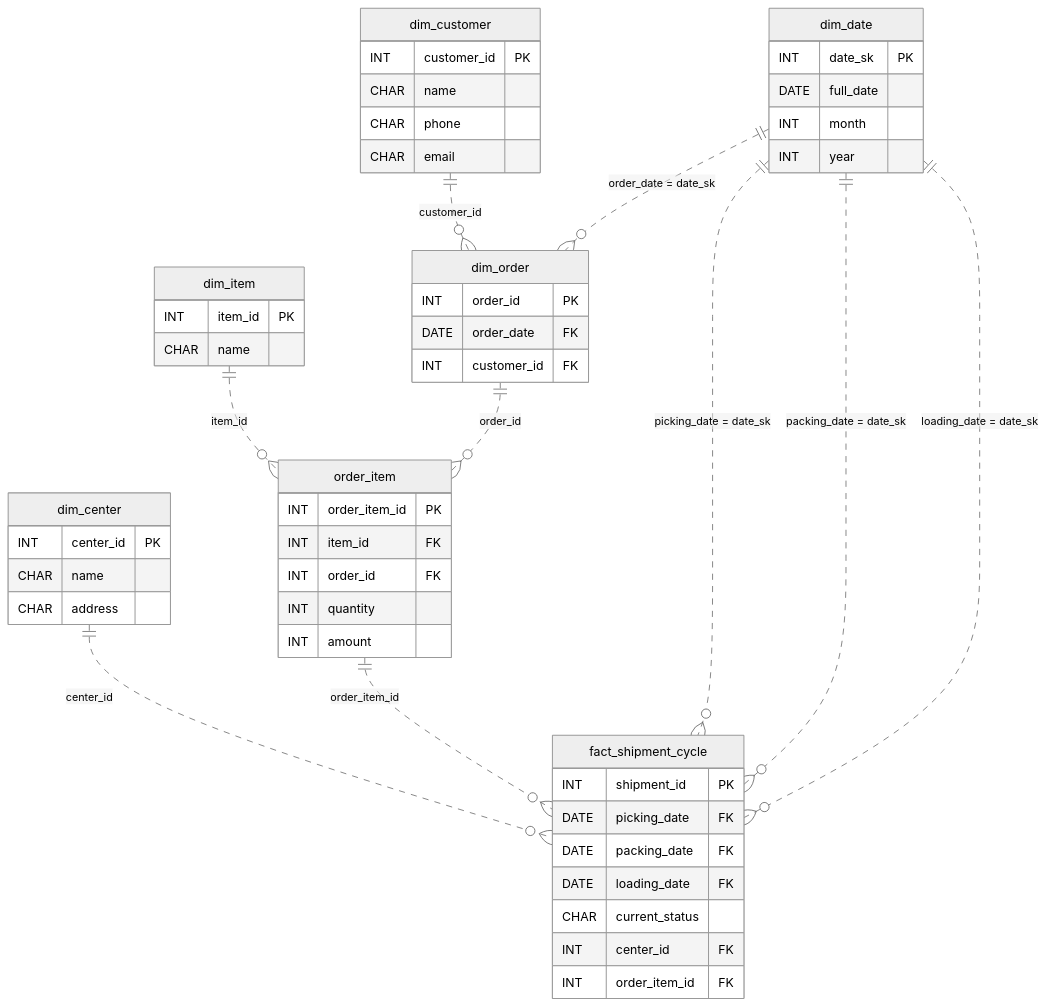
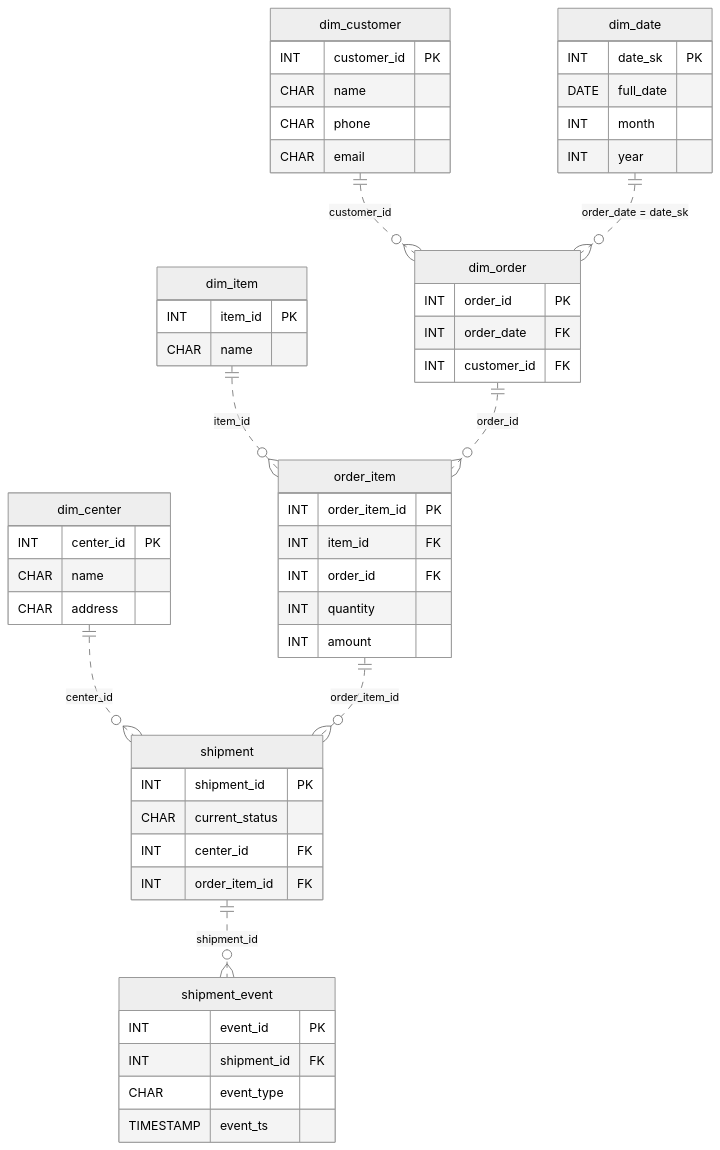
The diagram in practice/data_modeling/the-long-route/README.md (Khangtran94/datadriven-practice), drawn with Mermaid (neutral theme) before and after one commit. The commit also changed 2 other files, not shown here.

Commit message:
Solve the-long-route

````diff
--- a/practice/data_modeling/the-long-route/README.md
+++ b/practice/data_modeling/the-long-route/README.md
@@ -18,54 +18,55 @@
 ```mermaid
 erDiagram
     order_item {
         INT order_item_id PK
         INT item_id FK
         INT order_id FK
         INT quantity
         INT amount
     }
     dim_order {
         INT order_id PK
-        DATE order_date FK
+        INT order_date FK
         INT customer_id FK
     }
     dim_customer {
         INT customer_id PK
         CHAR name
         CHAR phone
         CHAR email
     }
     dim_date {
         INT date_sk PK
         DATE full_date
         INT month
         INT year
     }
     dim_item {
         INT item_id PK
         CHAR name
     }
-    fact_shipment_cycle {
+    shipment {
         INT shipment_id PK
-        DATE picking_date FK
-        DATE packing_date FK
-        DATE loading_date FK
         CHAR current_status
         INT center_id FK
         INT order_item_id FK
     }
     dim_center {
         INT center_id PK
         CHAR name
         CHAR address
     }
+    shipment_event {
+        INT event_id PK
+        INT shipment_id FK
+        CHAR event_type
+        TIMESTAMP event_ts
+    }
     dim_customer only one optionally to zero or more dim_order : "customer_id"
     dim_date only one optionally to zero or more dim_order : "order_date = date_sk"
     dim_item only one optionally to zero or more order_item : "item_id"
     dim_order only one optionally to zero or more order_item : "order_id"
-    dim_center only one optionally to zero or more fact_shipment_cycle : "center_id"
-    order_item only one optionally to zero or more fact_shipment_cycle : "order_item_id"
-    dim_date only one optionally to zero or more fact_shipment_cycle : "picking_date = date_sk"
-    dim_date only one optionally to zero or more fact_shipment_cycle : "packing_date = date_sk"
-    dim_date only one optionally to zero or more fact_shipment_cycle : "loading_date = date_sk"
+    dim_center only one optionally to zero or more shipment : "center_id"
+    order_item only one optionally to zero or more shipment : "order_item_id"
+    shipment only one optionally to zero or more shipment_event : "shipment_id"
 ```
````
